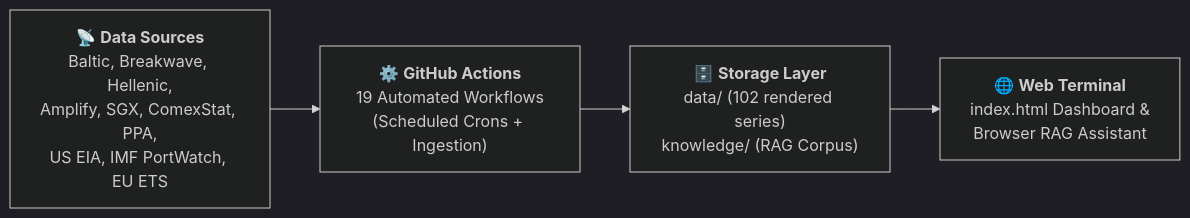
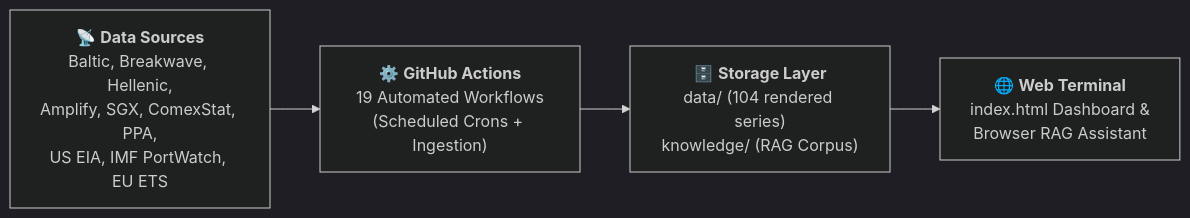
Before and after one commit to yieldchaser/Shipping: the first of 4 diagrams in README.md, drawn with Mermaid (dark theme). The commit also changed other lines of this file and 1 other file, not shown here.

First line of the commit message:
docs: bring README up to date with the live tabs, data sources and test suites

````diff
--- a/README.md
+++ b/README.md
@@ -25,6 +25,6 @@
 ```mermaid
 flowchart LR
     A["📡 <b>Data Sources</b><br/>Baltic, Breakwave, Hellenic,<br/>Amplify, SGX, ComexStat, PPA,<br/>US EIA, IMF PortWatch, EU ETS"] --> B["⚙️ <b>GitHub Actions</b><br/>19 Automated Workflows<br/>(Scheduled Crons + Ingestion)"]
-    B --> C["🗄️ <b>Storage Layer</b><br/>data/ (102 rendered series)<br/>knowledge/ (RAG Corpus)"]
+    B --> C["🗄️ <b>Storage Layer</b><br/>data/ (104 rendered series)<br/>knowledge/ (RAG Corpus)"]
     C --> D["🌐 <b>Web Terminal</b><br/>index.html Dashboard &<br/>Browser RAG Assistant"]
 ```
````
